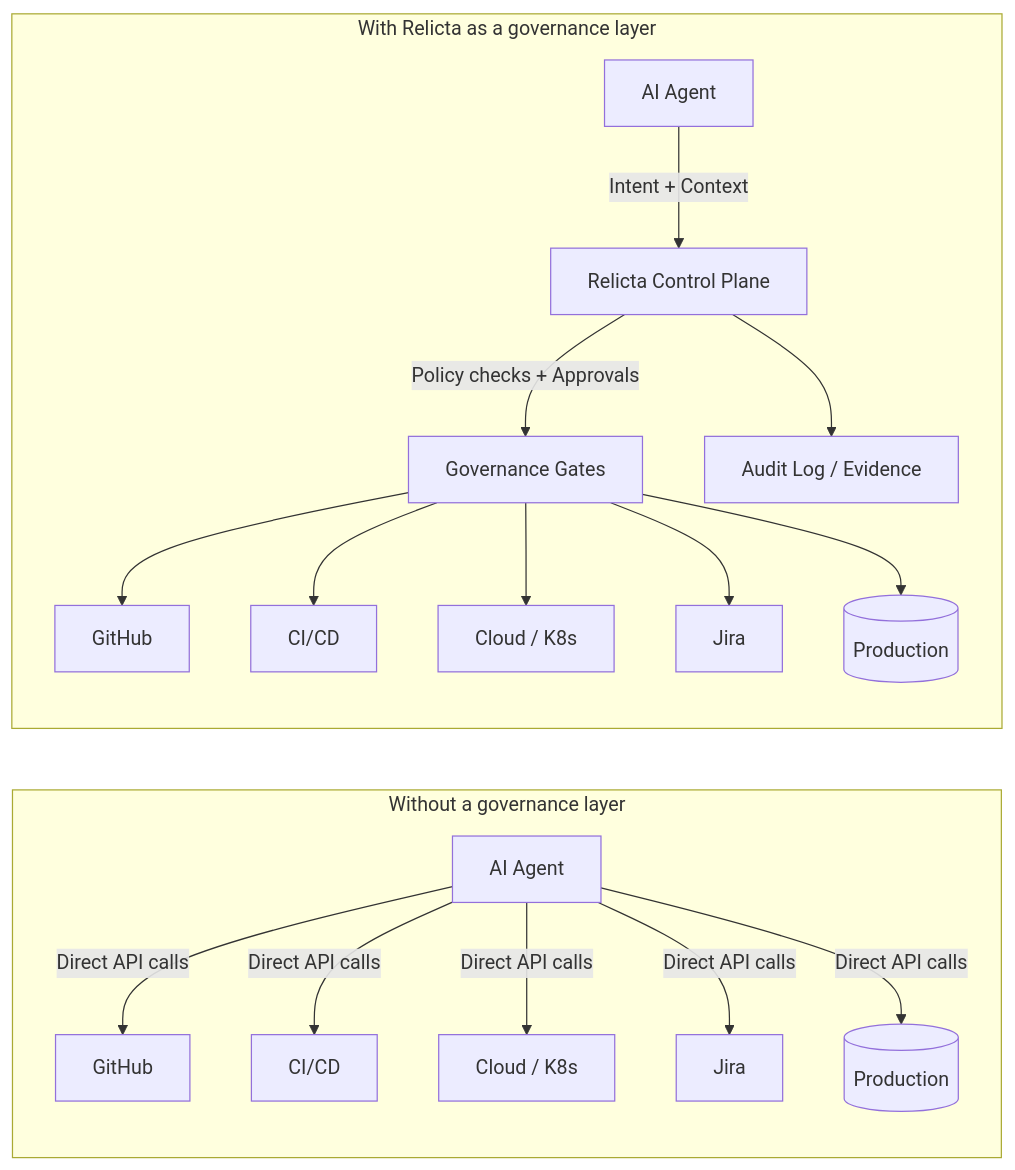
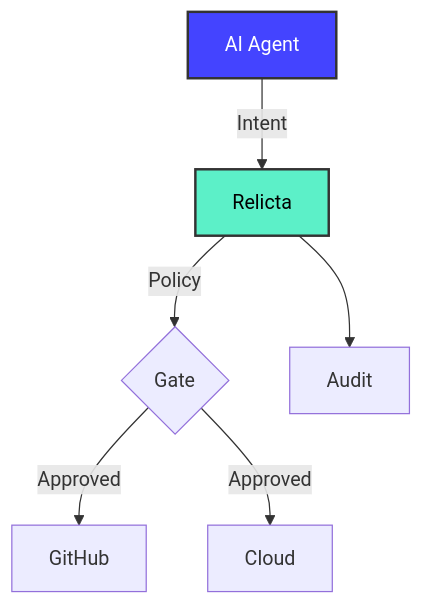
Before and after one commit to relicta-tech/relicta-site: the second of 5 diagrams in src/content/blog/why-ai-agents-need-permission.mdx, drawn with Mermaid. The commit also changed other lines of this file and 4 other files, not shown here.

Commit message:
feat: add diagram system components (modal, compare, card) and integrate into blog post

````diff
--- a/src/content/blog/why-ai-agents-need-permission.mdx
+++ b/src/content/blog/why-ai-agents-need-permission.mdx
@@ -183,21 +195,11 @@
-```mermaid
-flowchart LR
-  subgraph A[Without a governance layer]
-    AgentA[AI Agent] -->|Direct API calls| GitHubA[GitHub]
-    AgentA -->|Direct API calls| CICDA[CI/CD]
-    AgentA -->|Direct API calls| CloudA[Cloud / K8s]
-    AgentA -->|Direct API calls| JiraA[Jira]
-    AgentA -->|Direct API calls| ProdA[(Production)]
-  end
+    ```mermaid
+    flowchart TD
+      AgentB[AI Agent] -->|Intent| Relicta[Relicta]
+      Relicta -->|Policy| Gate{Gate}
+      Gate -->|Approved| GitHub[GitHub]
+      Gate -->|Approved| Cloud[Cloud]
+      Relicta --> Audit[Audit]
 
-  subgraph B[With Relicta as a governance layer]
-    AgentB[AI Agent] -->|Intent + Context| Relicta[Relicta Control Plane]
-    Relicta -->|Policy checks + Approvals| Gate[Governance Gates]
-    Gate --> GitHubB[GitHub]
-    Gate --> CICDB[CI/CD]
-    Gate --> CloudB[Cloud / K8s]
-    Gate --> JiraB[Jira]
-    Gate --> ProdB[(Production)]
-    Relicta --> Audit[Audit Log / Evidence]
-  end
-```
+      style AgentB fill:#4444ff,stroke:#333,stroke-width:2px,color:#fff
+      style Relicta fill:#5cf0c8,stroke:#333,stroke-width:2px,color:#000
+    ```
````
